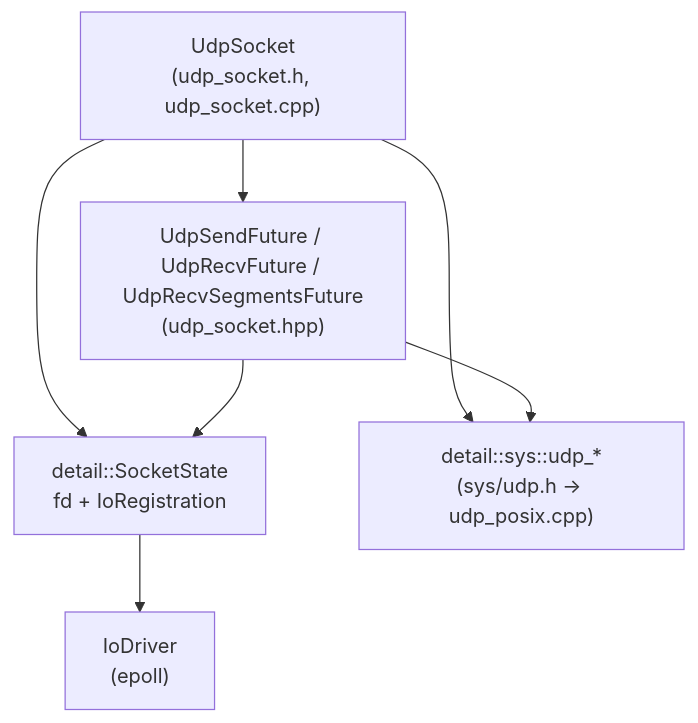
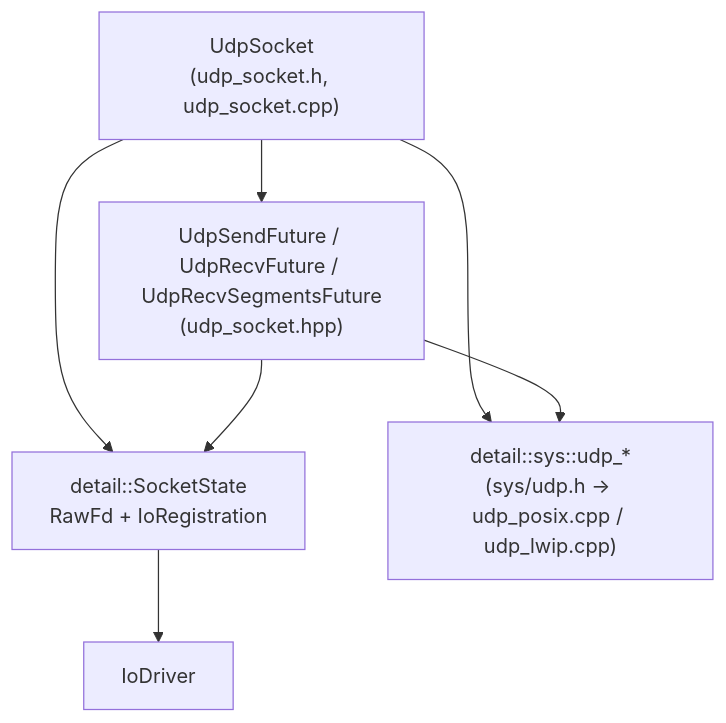
Before and after one commit to bts164/coro: the first of 3 diagrams in doc/design/udp_socket.md, drawn with Mermaid. The commit also changed other lines of this file and 101 other files, not shown here.

Commit message:
Added a sys layer abstraction on top of lwip so that the pico port sockets and other IO types ca use the IoDriver and the exact same code as the desktop port above that.

````diff
--- a/doc/design/udp_socket.md
+++ b/doc/design/udp_socket.md
@@ -307,14 +242,14 @@
 ```mermaid
 flowchart TB
     U["UdpSocket<br/>(udp_socket.h, udp_socket.cpp)"]
     F["UdpSendFuture / UdpRecvFuture / UdpRecvSegmentsFuture<br/>(udp_socket.hpp)"]
-    S["detail::SocketState<br/>fd + IoRegistration"]
-    Y["detail::sys::udp_*<br/>(sys/udp.h → udp_posix.cpp)"]
-    D["IoDriver<br/>(epoll)"]
+    S["detail::SocketState<br/>RawFd + IoRegistration"]
+    Y["detail::sys::udp_*<br/>(sys/udp.h → udp_posix.cpp / udp_lwip.cpp)"]
+    D["IoDriver"]
     U --> F
     U --> S
     F --> S
     U --> Y
     F --> Y
     S --> D
 ```
````
